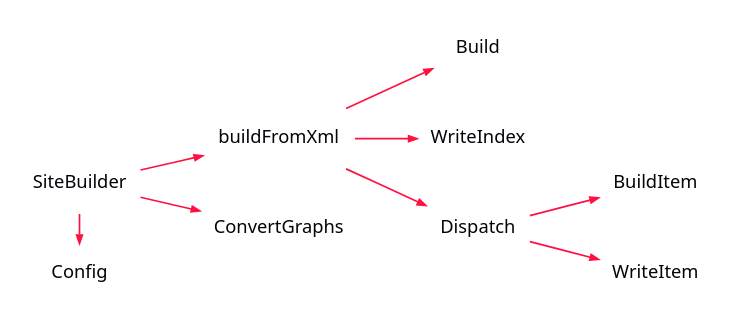
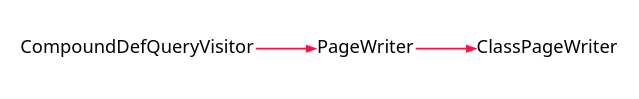
One commit to CharlesCarley/MdDox changed the diagram in Current/images/internal-diagram-3.dot. Above: the diagram before and after it, drawn with Graphviz. The commit also changed 837 other files, not shown here.

```diff
--- a/Current/images/internal-diagram-3.dot
+++ b/Current/images/internal-diagram-3.dot
@@ -1,26 +1,35 @@
-
 digraph {
-     bgcolor = none;
-     rankdir = "LR";
-     node [
-         shape     = none
-         fontname  = "Segoe UI"
-         fontcolor = "#010509FF"
-         fontsize  = "11"
-     ]
-     edge [
-         arrowsize = "0.5"
-         color     = "#FF1040FF"
-     ]
-     SiteBuilder->Config;
-
-     {rank=same Config SiteBuilder}
-
-     SiteBuilder->buildFromXml
-     buildFromXml->Build
-     buildFromXml->WriteIndex
-     buildFromXml->Dispatch
-     Dispatch->BuildItem
-     Dispatch->WriteItem
-     SiteBuilder->ConvertGraphs
+ rankdir = "LR"
+ bgcolor = none;
+ layout  = dot;
+ edge [
+   arrowsize = "0.5"
+   color     = "#FF1040FF"
+ ]
+ dDsJfGf[
+   shape    = none
+   label    = "CompoundDefQueryVisitor"
+   margin   = "0.01"
+   fontname = "Segoe UI"
+   fontsize = "11"
+   fontcolor= "#010509FF"
+ ]
+ WZ7JfGf[
+   shape    = none
+   label    = "PageWriter"
+   margin   = "0.01"
+   fontname = "Segoe UI"
+   fontsize = "11"
+   fontcolor= "#010509FF"
+ ]
+ WK8JfGf[
+   shape    = none
+   label    = "ClassPageWriter"
+   margin   = "0.01"
+   fontname = "Segoe UI"
+   fontsize = "11"
+   fontcolor= "#010509FF"
+ ]
+ WZ7JfGf->WK8JfGf
+ dDsJfGf->WZ7JfGf
 }
```
